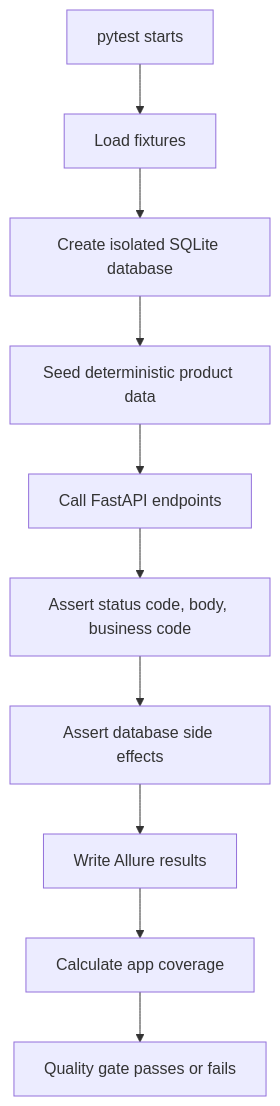
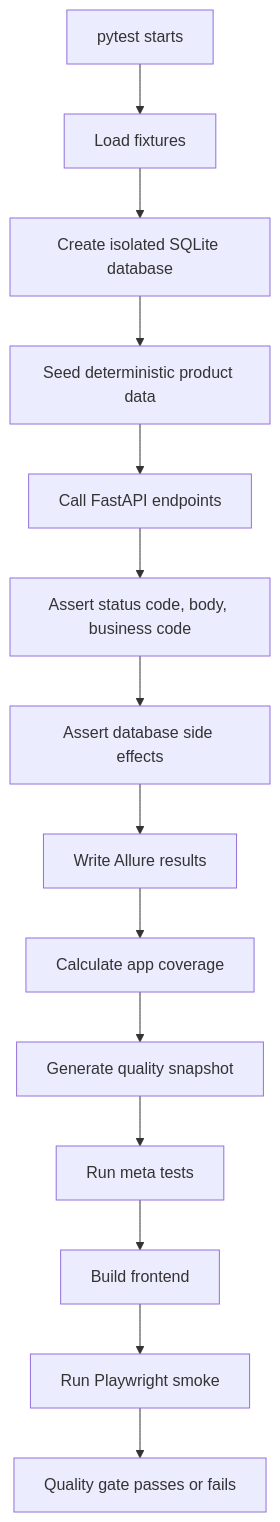
Before and after one commit to 54sbkyc/fastapi-order-quality-gate: the second of 3 diagrams in docs/architecture.md, drawn with Mermaid. The commit also changed other lines of this file and 10 other files, not shown here.

````diff
--- a/docs/architecture.md
+++ b/docs/architecture.md
@@ -18,12 +22,16 @@
 ```mermaid
 flowchart TD
     Start["pytest starts"] --> Fixtures["Load fixtures"]
     Fixtures --> DBSetup["Create isolated SQLite database"]
     DBSetup --> Seed["Seed deterministic product data"]
     Seed --> API["Call FastAPI endpoints"]
     API --> AssertAPI["Assert status code, body, business code"]
     AssertAPI --> AssertDB["Assert database side effects"]
     AssertDB --> Allure["Write Allure results"]
     Allure --> Coverage["Calculate app coverage"]
-    Coverage --> Gate["Quality gate passes or fails"]
+    Coverage --> Snapshot["Generate quality snapshot"]
+    Snapshot --> Meta["Run meta tests"]
+    Meta --> FrontendBuild["Build frontend"]
+    FrontendBuild --> UISmoke["Run Playwright smoke"]
+    UISmoke --> Gate["Quality gate passes or fails"]
 ```
````
